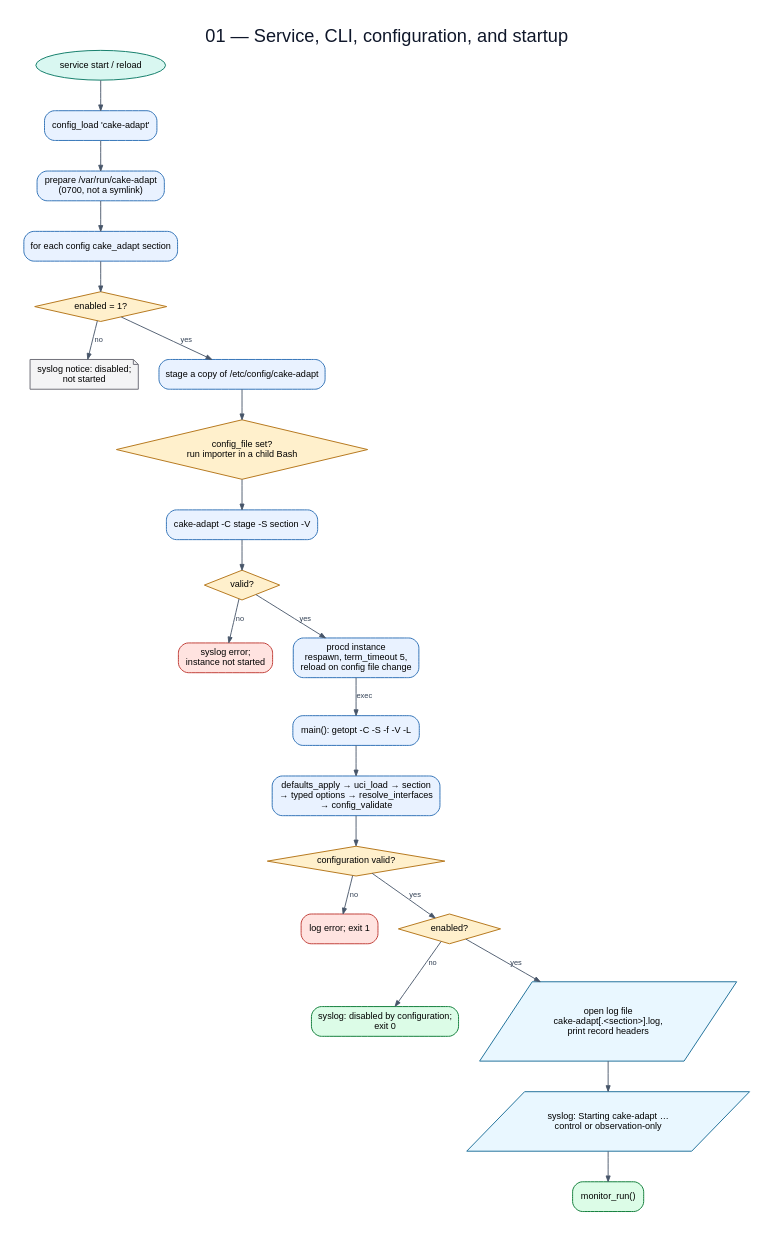
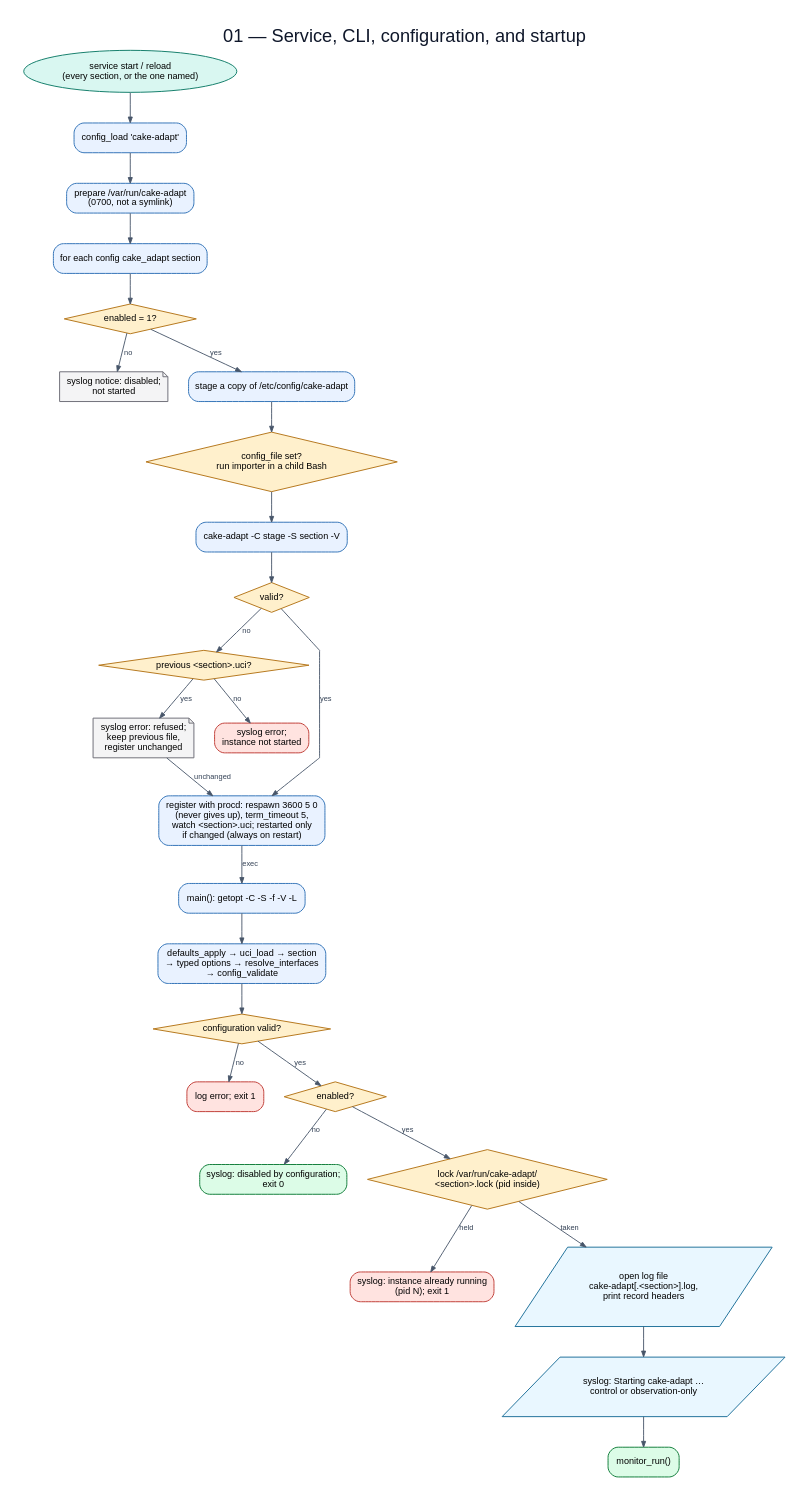
Before and after one commit to huydoan94/cake-adapt: the diagram in flowchart/diagrams/01-startup-config.dot, drawn with Graphviz. The commit also changed 15 other files, not shown here.

First line of the commit message:
docs, flowchart: LuCI app, ubus status, instance lock and service

```diff
--- a/flowchart/diagrams/01-startup-config.dot
+++ b/flowchart/diagrams/01-startup-config.dot
@@ -1,46 +1,55 @@
 digraph G {
   graph [rankdir=TB,bgcolor="white",pad="0.30",nodesep="0.35",ranksep="0.48",splines=polyline,fontname="Arial",label="01 — Service, CLI, configuration, and startup",labelloc=t,fontsize=22,fontcolor="#0f172a"];
   node [fontname="Arial",fontsize=11,margin="0.14,0.09",penwidth=1.2];
   edge [fontname="Arial",fontsize=9,color="#475569",fontcolor="#334155",arrowsize=0.7,penwidth=1.1];
-  start [label="service start / reload",shape=oval,style="filled",fillcolor="#d9f7f1",color="#17806d"];
+  start [label="service start / reload\n(every section, or the one named)",shape=oval,style="filled",fillcolor="#d9f7f1",color="#17806d"];
   load [label="config_load 'cake-adapt'",shape=box,style="rounded,filled",fillcolor="#e9f2ff",color="#3676b9"];
   runtime [label="prepare /var/run/cake-adapt\n(0700, not a symlink)",shape=box,style="rounded,filled",fillcolor="#e9f2ff",color="#3676b9"];
   each [label="for each config cake_adapt section",shape=box,style="rounded,filled",fillcolor="#e9f2ff",color="#3676b9"];
   enabled [label="enabled = 1?",shape=diamond,style="filled",fillcolor="#fff0cc",color="#b7791f"];
   skip [label="syslog notice: disabled;\nnot started",shape=note,style="filled",fillcolor="#f4f4f5",color="#71717a"];
   stage [label="stage a copy of /etc/config/cake-adapt",shape=box,style="rounded,filled",fillcolor="#e9f2ff",color="#3676b9"];
   import [label="config_file set?\nrun importer in a child Bash",shape=diamond,style="filled",fillcolor="#fff0cc",color="#b7791f"];
   validate [label="cake-adapt -C stage -S section -V",shape=box,style="rounded,filled",fillcolor="#e9f2ff",color="#3676b9"];
   valid [label="valid?",shape=diamond,style="filled",fillcolor="#fff0cc",color="#b7791f"];
+  previous [label="previous <section>.uci?",shape=diamond,style="filled",fillcolor="#fff0cc",color="#b7791f"];
+  keep [label="syslog error: refused;\nkeep previous file,\nregister unchanged",shape=note,style="filled",fillcolor="#f4f4f5",color="#71717a"];
   reject [label="syslog error;\ninstance not started",shape=box,style="rounded,filled",fillcolor="#ffe3e0",color="#c2413b"];
-  procd [label="procd instance\nrespawn, term_timeout 5,\nreload on config file change",shape=box,style="rounded,filled",fillcolor="#e9f2ff",color="#3676b9"];
+  procd [label="register with procd: respawn 3600 5 0\n(never gives up), term_timeout 5,\nwatch <section>.uci; restarted only\nif changed (always on restart)",shape=box,style="rounded,filled",fillcolor="#e9f2ff",color="#3676b9"];
   cli [label="main(): getopt -C -S -f -V -L",shape=box,style="rounded,filled",fillcolor="#e9f2ff",color="#3676b9"];
   config [label="defaults_apply → uci_load → section\n→ typed options → resolve_interfaces\n→ config_validate",shape=box,style="rounded,filled",fillcolor="#e9f2ff",color="#3676b9"];
   configok [label="configuration valid?",shape=diamond,style="filled",fillcolor="#fff0cc",color="#b7791f"];
   fail [label="log error; exit 1",shape=box,style="rounded,filled",fillcolor="#ffe3e0",color="#c2413b"];
   denabled [label="enabled?",shape=diamond,style="filled",fillcolor="#fff0cc",color="#b7791f"];
   disabled [label="syslog: disabled by configuration;\nexit 0",shape=box,style="rounded,filled,bold",fillcolor="#dcfce7",color="#15803d"];
+  lock [label="lock /var/run/cake-adapt/\n<section>.lock (pid inside)",shape=diamond,style="filled",fillcolor="#fff0cc",color="#b7791f"];
+  running [label="syslog: instance already running\n(pid N); exit 1",shape=box,style="rounded,filled",fillcolor="#ffe3e0",color="#c2413b"];
   logs [label="open log file\ncake-adapt[.<section>].log,\nprint record headers",shape=parallelogram,style="filled",fillcolor="#e9f7ff",color="#24749c"];
   mode [label="syslog: Starting cake-adapt …\ncontrol or observation-only",shape=parallelogram,style="filled",fillcolor="#e9f7ff",color="#24749c"];
   run [label="monitor_run()",shape=box,style="rounded,filled,bold",fillcolor="#dcfce7",color="#15803d"];
   start -> load;
   load -> runtime;
   runtime -> each;
   each -> enabled;
   enabled -> skip [label="no"];
   enabled -> stage [label="yes"];
   stage -> import;
   import -> validate;
   validate -> valid;
-  valid -> reject [label="no"];
+  valid -> previous [label="no"];
+  previous -> reject [label="no"];
+  previous -> keep [label="yes"];
+  keep -> procd [label="unchanged"];
   valid -> procd [label="yes"];
   procd -> cli [label="exec"];
   cli -> config;
   config -> configok;
   configok -> fail [label="no"];
   configok -> denabled [label="yes"];
   denabled -> disabled [label="no"];
-  denabled -> logs [label="yes"];
+  denabled -> lock [label="yes"];
+  lock -> running [label="held"];
+  lock -> logs [label="taken"];
   logs -> mode;
   mode -> run;
 }
```
